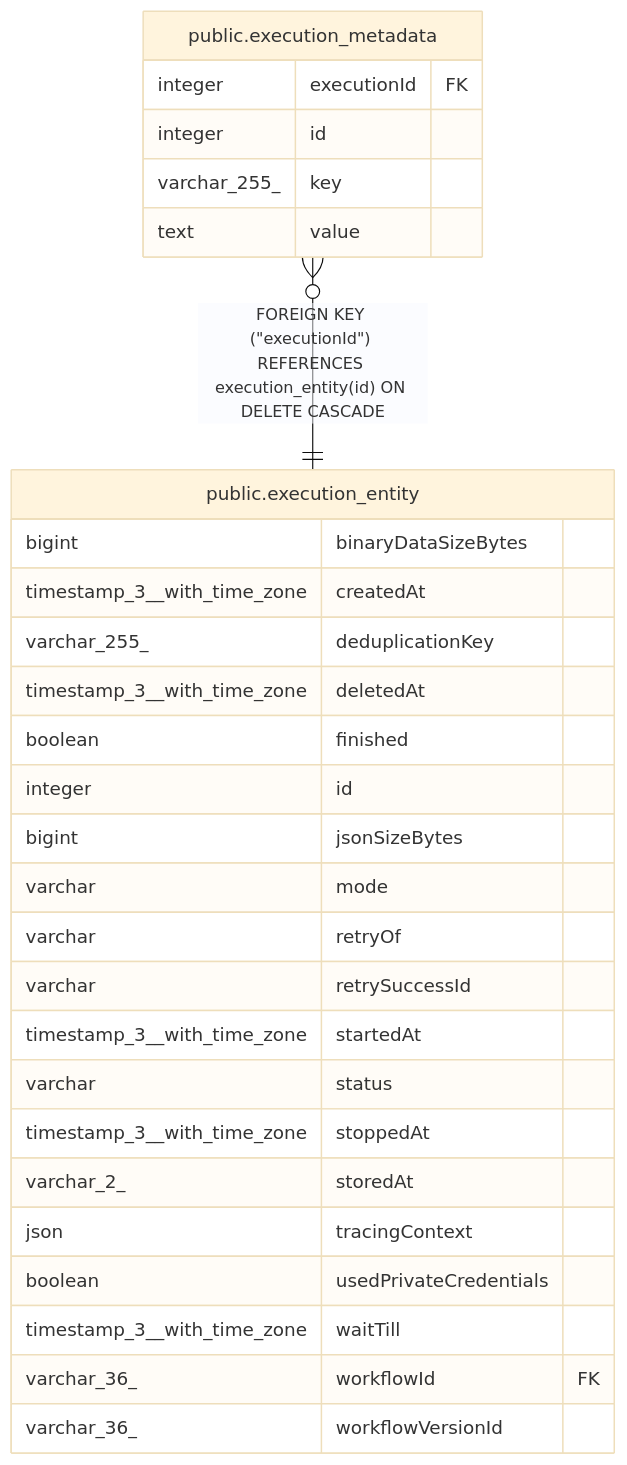
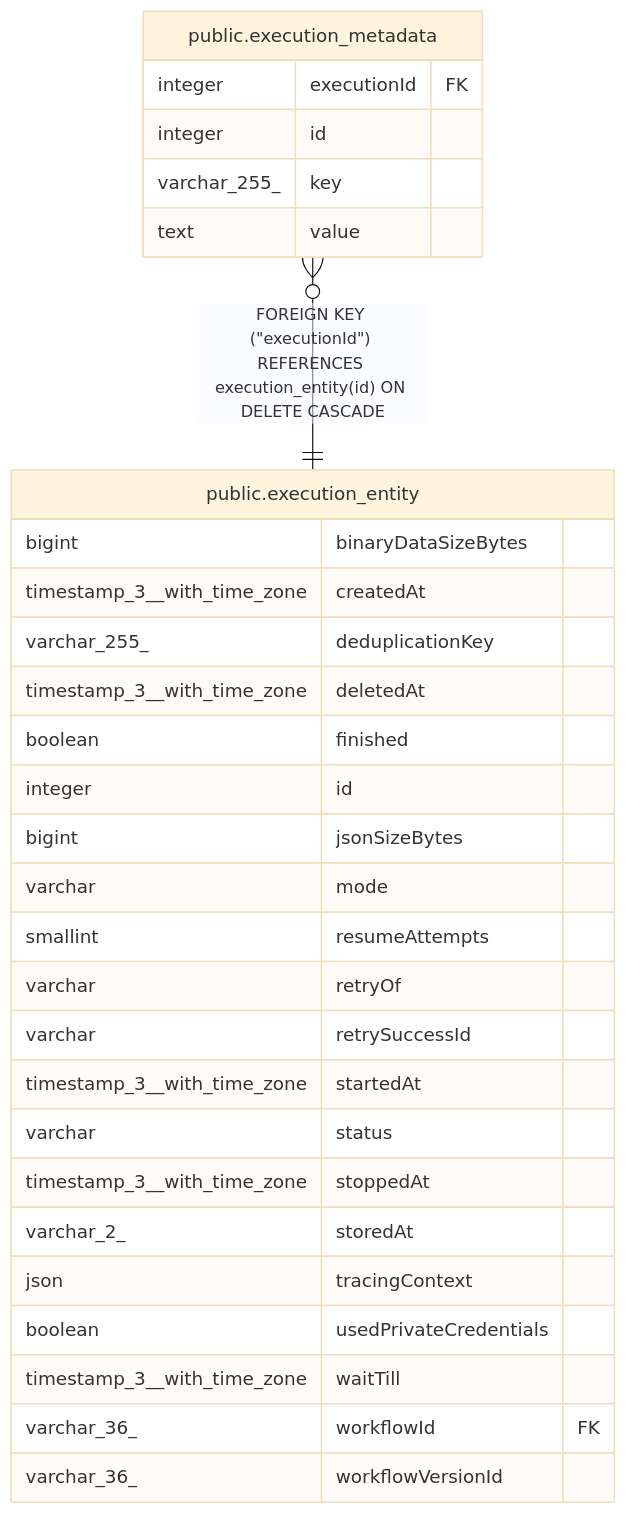
Before and after one commit to koreatest12/studys: the diagram in n8n_integration/n8n_source/docs/generated/postgres-schema/public.execution_metadata.md, drawn with Mermaid (base theme). The commit also changed 23019 other files, not shown here.

````diff
--- a/n8n_integration/n8n_source/docs/generated/postgres-schema/public.execution_metadata.md
+++ b/n8n_integration/n8n_source/docs/generated/postgres-schema/public.execution_metadata.md
@@ -32,33 +32,34 @@
 ```mermaid
 erDiagram
 
 "public.execution_metadata" }o--|| "public.execution_entity" : "FOREIGN KEY (#quot;executionId#quot;) REFERENCES execution_entity(id) ON DELETE CASCADE"
 
 "public.execution_metadata" {
   integer executionId FK
   integer id
   varchar_255_ key
   text value
 }
 "public.execution_entity" {
   bigint binaryDataSizeBytes
   timestamp_3__with_time_zone createdAt
   varchar_255_ deduplicationKey
   timestamp_3__with_time_zone deletedAt
   boolean finished
   integer id
   bigint jsonSizeBytes
   varchar mode
+  smallint resumeAttempts
   varchar retryOf
   varchar retrySuccessId
   timestamp_3__with_time_zone startedAt
   varchar status
   timestamp_3__with_time_zone stoppedAt
   varchar_2_ storedAt
   json tracingContext
   boolean usedPrivateCredentials
   timestamp_3__with_time_zone waitTill
   varchar_36_ workflowId FK
   varchar_36_ workflowVersionId
 }
 ```
````
